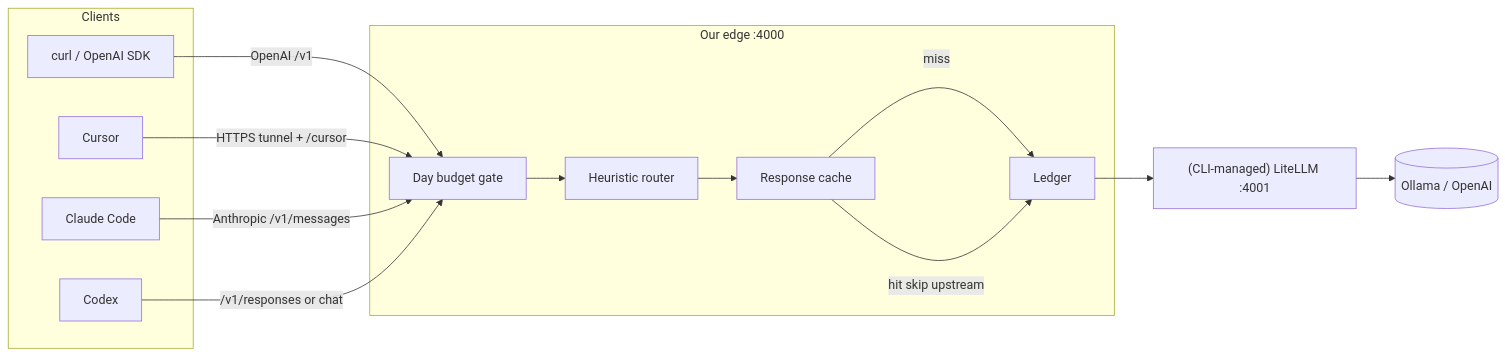
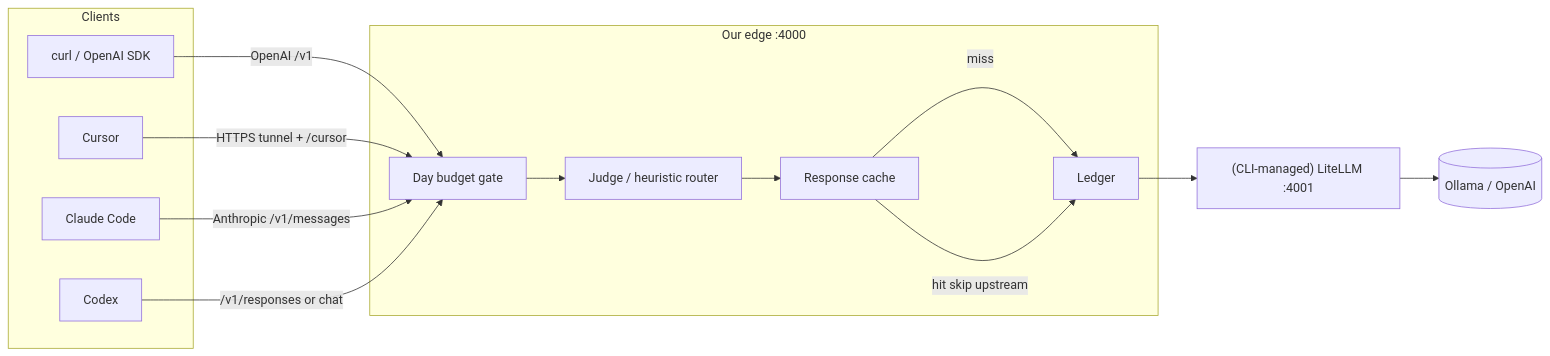
Before and after one commit to sarjeet2013/harbor-ai-gateway: the diagram in docs/architecture.md, drawn with Mermaid. The commit also changed other lines of this file and 12 other files, not shown here.

First line of the commit message:
feat(router): enable LLM judge as live default routing

````diff
--- a/docs/architecture.md
+++ b/docs/architecture.md
@@ -43,28 +43,28 @@
 ```mermaid
 flowchart LR
   subgraph clients [Clients]
     CURL[curl / OpenAI SDK]
     CURSOR[Cursor]
     CC[Claude Code]
     CODEX[Codex]
   end
 
   subgraph edge [Our edge :4000]
     BUDGET[Day budget gate]
-    ROUTER[Heuristic router]
+    ROUTER[Judge / heuristic router]
     CACHE[Response cache]
     LEDGER[Ledger]
   end
 
   LITELLM["(CLI-managed) LiteLLM :4001"]
   UP[(Ollama / OpenAI)]
 
   CURL -->|OpenAI /v1| BUDGET
   CURSOR -->|HTTPS tunnel + /cursor| BUDGET
   CC -->|Anthropic /v1/messages| BUDGET
   CODEX -->|/v1/responses or chat| BUDGET
 
   BUDGET --> ROUTER --> CACHE
   CACHE -->|miss| LEDGER --> LITELLM --> UP
   CACHE -->|hit skip upstream| LEDGER
 ```
````
